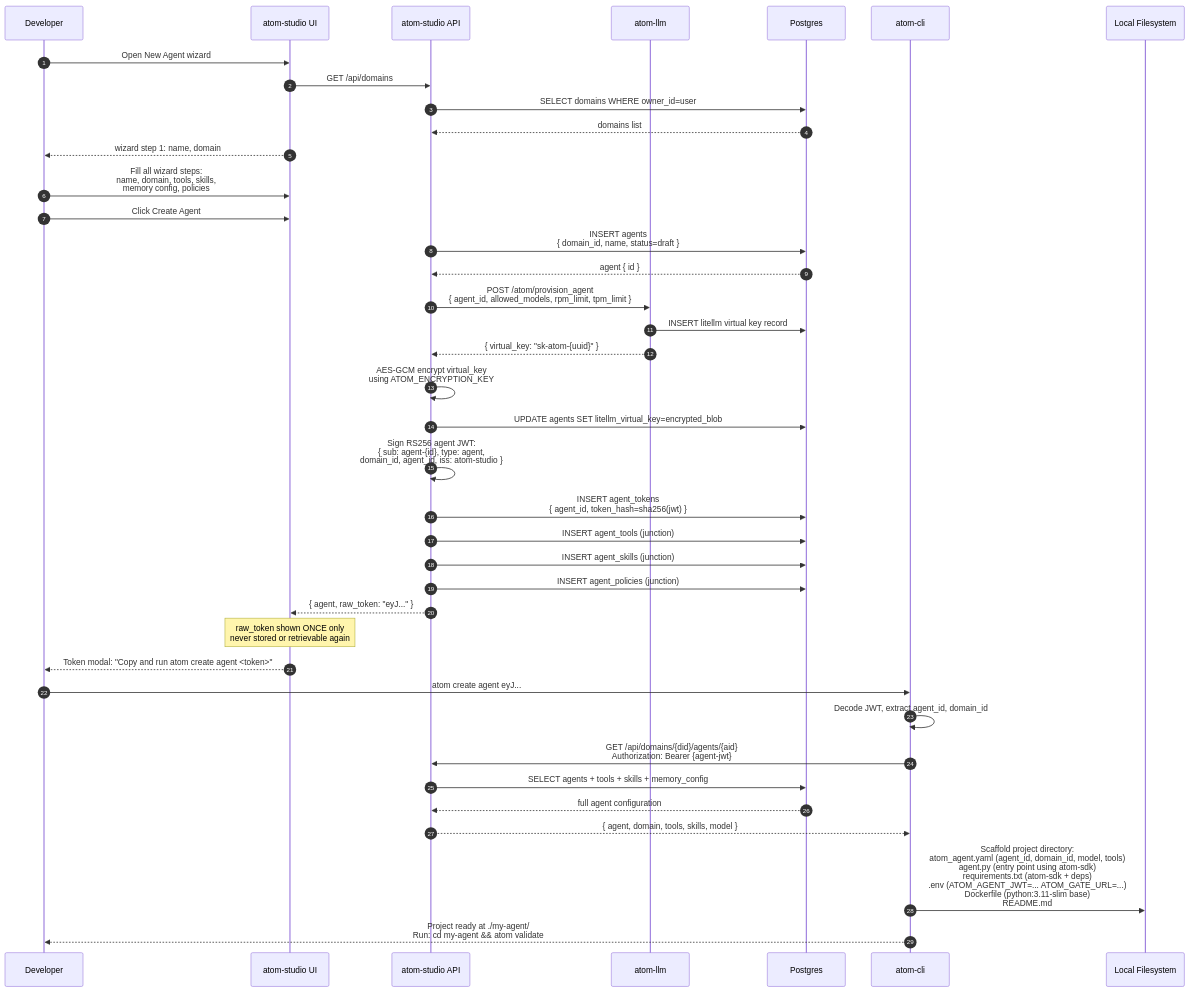
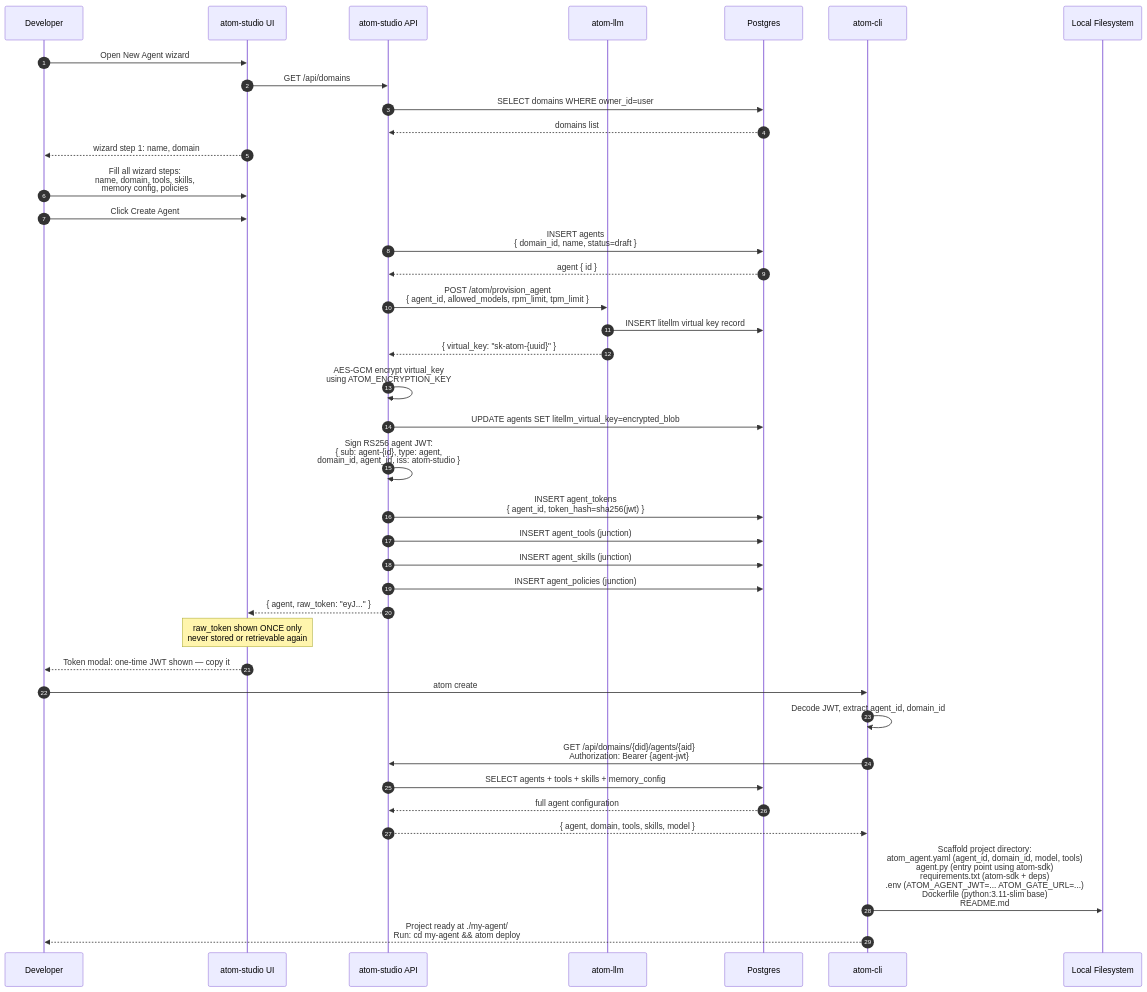
One commit to shreyasY2k/atom changed the fourth of 10 diagrams in ARCHITECTURE.md. Above: the diagram before and after it, drawn with Mermaid. The commit also changed other lines of this file and 4 other files, not shown here.

First line of the commit message:
docs: fix Mermaid \n→<br/>, remove atom validate, correct CLI syntax

````diff
--- a/ARCHITECTURE.md
+++ b/ARCHITECTURE.md
@@ -264,52 +264,52 @@
 ```mermaid
 sequenceDiagram
     autonumber
     participant Dev as Developer
     participant UI as atom-studio UI
     participant API as atom-studio API
     participant LLM as atom-llm
     participant PG as Postgres
     participant CLI as atom-cli
     participant FS as Local Filesystem
 
     Dev->>UI: Open New Agent wizard
     UI->>API: GET /api/domains
     API->>PG: SELECT domains WHERE owner_id=user
     PG-->>API: domains list
     UI-->>Dev: wizard step 1: name, domain
 
     Dev->>UI: Fill all wizard steps:<br/>name, domain, tools, skills,<br/>memory config, policies
 
     Dev->>UI: Click Create Agent
     API->>PG: INSERT agents<br/>{ domain_id, name, status=draft }
     PG-->>API: agent { id }
 
     API->>LLM: POST /atom/provision_agent<br/>{ agent_id, allowed_models, rpm_limit, tpm_limit }
     LLM->>PG: INSERT litellm virtual key record
     LLM-->>API: { virtual_key: "sk-atom-{uuid}" }
 
     API->>API: AES-GCM encrypt virtual_key<br/>using ATOM_ENCRYPTION_KEY
     API->>PG: UPDATE agents SET litellm_virtual_key=encrypted_blob
 
     API->>API: Sign RS256 agent JWT:<br/>{ sub: agent-{id}, type: agent,<br/>  domain_id, agent_id, iss: atom-studio }
     API->>PG: INSERT agent_tokens<br/>{ agent_id, token_hash=sha256(jwt) }
 
     API->>PG: INSERT agent_tools (junction)
     API->>PG: INSERT agent_skills (junction)
     API->>PG: INSERT agent_policies (junction)
 
     API-->>UI: { agent, raw_token: "eyJ..." }
     Note over UI: raw_token shown ONCE only<br/>never stored or retrievable again
-    UI-->>Dev: Token modal: "Copy and run atom create agent <token>"
+    UI-->>Dev: Token modal: one-time JWT shown — copy it
 
-    Dev->>CLI: atom create agent eyJ...
+    Dev->>CLI: atom create
     CLI->>CLI: Decode JWT, extract agent_id, domain_id
     CLI->>API: GET /api/domains/{did}/agents/{aid}<br/>Authorization: Bearer {agent-jwt}
     API->>PG: SELECT agents + tools + skills + memory_config
     PG-->>API: full agent configuration
     API-->>CLI: { agent, domain, tools, skills, model }
 
     CLI->>FS: Scaffold project directory:<br/>atom_agent.yaml (agent_id, domain_id, model, tools)<br/>agent.py (entry point using atom-sdk)<br/>requirements.txt (atom-sdk + deps)<br/>.env (ATOM_AGENT_JWT=... ATOM_GATE_URL=...)<br/>Dockerfile (python:3.11-slim base)<br/>README.md
 
-    CLI-->>Dev: Project ready at ./my-agent/<br/>Run: cd my-agent && atom validate
+    CLI-->>Dev: Project ready at ./my-agent/<br/>Run: cd my-agent && atom deploy
 ```
````
